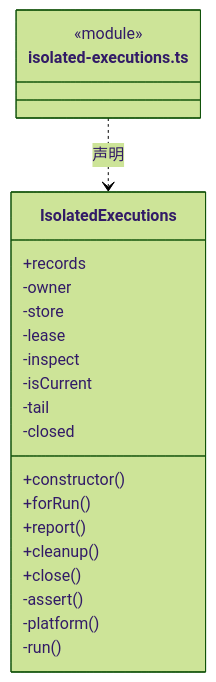
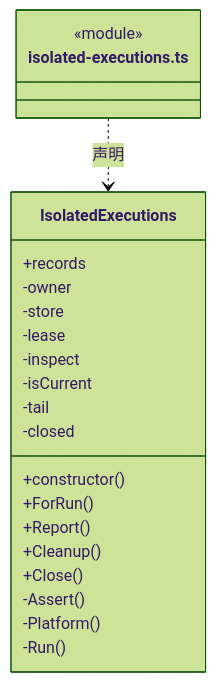
Before and after one commit to nan023062/cbim: the fourth of 5 diagrams in src/logic/file-operations/service/ARCHITECTURE.md, drawn with Mermaid (forest theme). The commit also changed other lines of this file and 1035 other files, not shown here.

````diff
--- a/src/logic/file-operations/service/ARCHITECTURE.md
+++ b/src/logic/file-operations/service/ARCHITECTURE.md
@@ -96,25 +96,25 @@
 ```mermaid
 classDiagram
 class N_src_logic_file_operations_service_isolated_executions_ts["isolated-executions.ts"] {
   <<module>>
 }
 class N_src_logic_file_operations_service_isolated_executions_ts_IsolatedExecutions["IsolatedExecutions"] {
   +records
   +constructor()
-  +forRun()
-  +report()
-  +cleanup()
-  +close()
+  +ForRun()
+  +Report()
+  +Cleanup()
+  +Close()
   -owner
   -store
   -lease
   -inspect
   -isCurrent
   -tail
   -closed
-  -assert()
-  -platform()
-  -run()
+  -Assert()
+  -Platform()
+  -Run()
 }
 N_src_logic_file_operations_service_isolated_executions_ts ..> N_src_logic_file_operations_service_isolated_executions_ts_IsolatedExecutions : 声明
 ```
````
